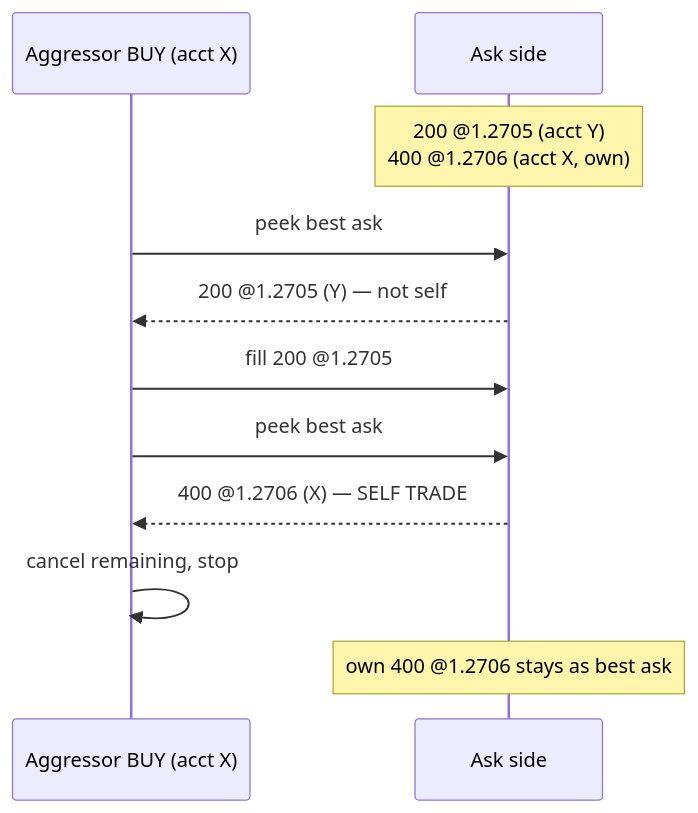
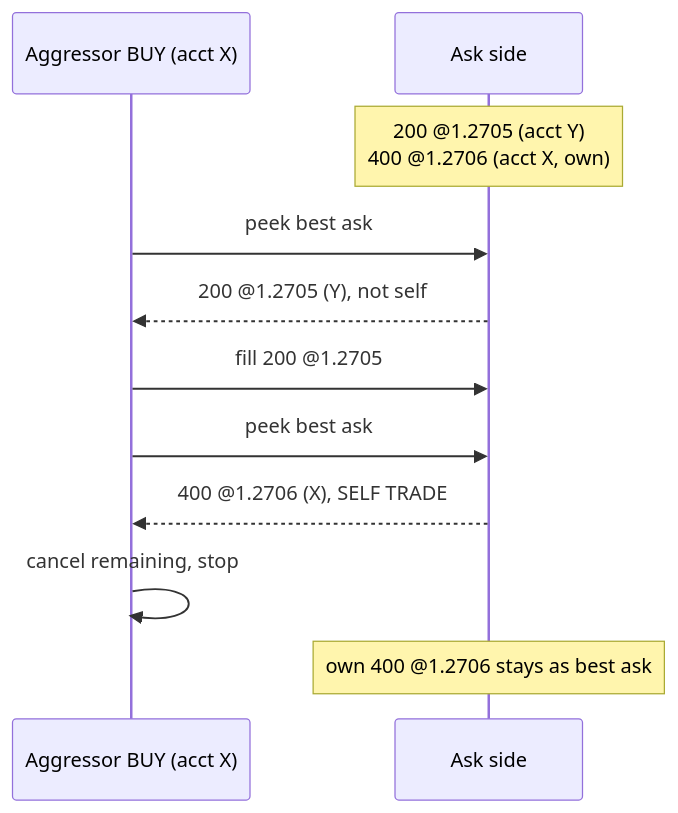
The third of 3 diagrams in 02-matching-engine.md (mc139/fx-oee-docs), drawn with Mermaid before and after one commit. The commit also changed other lines of this file and 21 other files, not shown here.

````diff
--- a/02-matching-engine.md
+++ b/02-matching-engine.md
@@ -94,13 +94,13 @@
 ```mermaid
 sequenceDiagram
     participant A as Aggressor BUY (acct X)
     participant Book as Ask side
     Note over Book: 200 @1.2705 (acct Y)<br/>400 @1.2706 (acct X, own)
     A->>Book: peek best ask
-    Book-->>A: 200 @1.2705 (Y) — not self
+    Book-->>A: 200 @1.2705 (Y), not self
     A->>Book: fill 200 @1.2705
     A->>Book: peek best ask
-    Book-->>A: 400 @1.2706 (X) — SELF TRADE
+    Book-->>A: 400 @1.2706 (X), SELF TRADE
     A->>A: cancel remaining, stop
     Note over Book: own 400 @1.2706 stays as best ask
 ```
````
